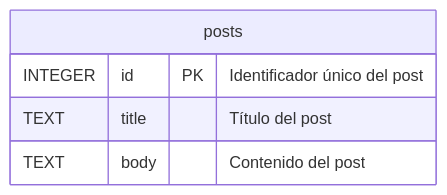
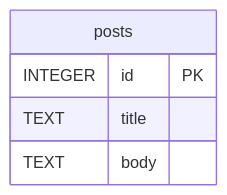
One commit to JuanesMedCol/bigdata-infrastructure changed the diagram in docs/index.md. Above: the diagram before and after it, drawn with Mermaid. The commit also changed other lines of this file and 2 other files, not shown here.

Commit message:
correcciones con mermaid

````diff
--- a/docs/index.md
+++ b/docs/index.md
@@ -141,8 +149,8 @@
 ```mermaid
 erDiagram
     posts {
-        INTEGER id PK "Identificador único del post"
-        TEXT title "Título del post"
-        TEXT body "Contenido del post"
+        INTEGER id PK
+        TEXT title
+        TEXT body
     }
 ```
````
